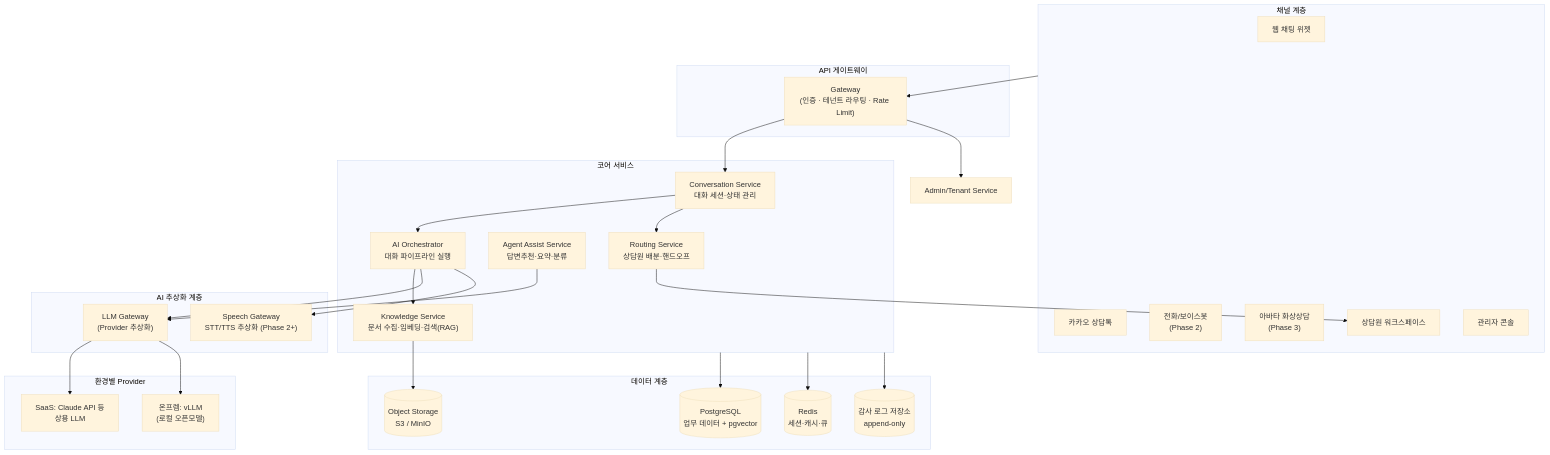
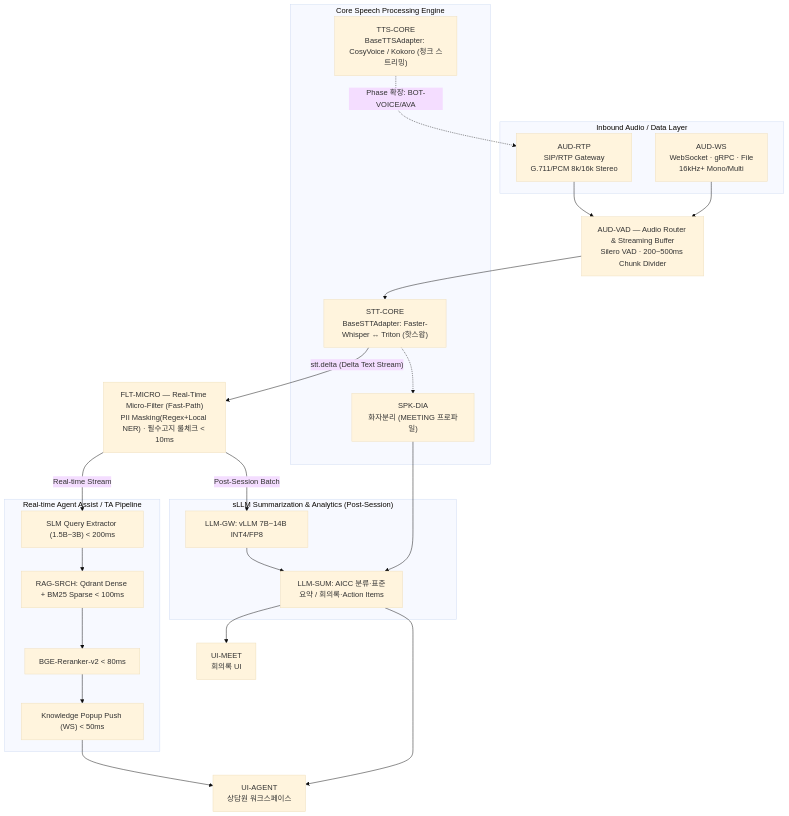
The first of 2 diagrams in docs/02-architecture.md (lnkbus/visionAI), drawn with Mermaid (base theme) before and after one commit. The commit also changed other lines of this file and 7 other files, not shown here.

````diff
--- a/docs/02-architecture.md
+++ b/docs/02-architecture.md
@@ -13,57 +20,44 @@
 ```mermaid
 graph TB
-    subgraph Channels["채널 계층"]
-        WEB["웹 채팅 위젯"]
-        KAKAO["카카오 상담톡"]
-        VOICE["전화/보이스봇<br/>(Phase 2)"]
-        AVATAR["아바타 화상상담<br/>(Phase 3)"]
-        AGENTUI["상담원 워크스페이스"]
-        ADMIN["관리자 콘솔"]
+    subgraph IN["Inbound Audio / Data Layer"]
+        RTP["AUD-RTP<br/>SIP/RTP Gateway<br/>G.711/PCM 8k/16k Stereo"]
+        WS["AUD-WS<br/>WebSocket · gRPC · File<br/>16kHz+ Mono/Multi"]
     end
 
-    subgraph Edge["API 게이트웨이"]
-        GW["Gateway<br/>(인증 · 테넌트 라우팅 · Rate Limit)"]
+    VAD["AUD-VAD — Audio Router & Streaming Buffer<br/>Silero VAD · 200~500ms Chunk Divider"]
+
+    subgraph SPEECH["Core Speech Processing Engine"]
+        STT["STT-CORE<br/>BaseSTTAdapter: Faster-Whisper ↔ Triton (핫스왑)"]
+        TTS["TTS-CORE<br/>BaseTTSAdapter: CosyVoice / Kokoro (청크 스트리밍)"]
+        DIA["SPK-DIA<br/>화자분리 (MEETING 프로파일)"]
     end
 
-    subgraph Core["코어 서비스"]
-        CONV["Conversation Service<br/>대화 세션·상태 관리"]
-        ORCH["AI Orchestrator<br/>대화 파이프라인 실행"]
-        RAG["Knowledge Service<br/>문서 수집·임베딩·검색(RAG)"]
-        ASSIST["Agent Assist Service<br/>답변추천·요약·분류"]
-        HANDOFF["Routing Service<br/>상담원 배분·핸드오프"]
+    FLT["FLT-MICRO — Real-Time Micro-Filter (Fast-Path)<br/>PII Masking(Regex+Local NER) · 필수고지 룰체크 < 10ms"]
+
+    subgraph RT["Real-time Agent Assist / TA Pipeline"]
+        QE["SLM Query Extractor (1.5B~3B) < 200ms"]
+        HS["RAG-SRCH: Qdrant Dense + BM25 Sparse < 100ms"]
+        RR["BGE-Reranker-v2 < 80ms"]
+        POP["Knowledge Popup Push (WS) < 50ms"]
     end
 
-    subgraph AILayer["AI 추상화 계층"]
-        LLMGW["LLM Gateway<br/>(Provider 추상화)"]
-        SPEECH["Speech Gateway<br/>STT/TTS 추상화 (Phase 2+)"]
+    subgraph BATCH["sLLM Summarization & Analytics (Post-Session)"]
+        VLLM["LLM-GW: vLLM 7B~14B INT4/FP8"]
+        SUM["LLM-SUM: AICC 분류·표준요약 / 회의록·Action Items"]
     end
 
-    subgraph Providers["환경별 Provider"]
-        API_LLM["SaaS: Claude API 등<br/>상용 LLM"]
-        LOCAL_LLM["온프렘: vLLM<br/>(로컬 오픈모델)"]
-    end
+    UIA["UI-AGENT<br/>상담원 워크스페이스"]
+    UIM["UI-MEET<br/>회의록 UI"]
 
-    subgraph Data["데이터 계층"]
-        PG[("PostgreSQL<br/>업무 데이터 + pgvector")]
-        REDIS[("Redis<br/>세션·캐시·큐")]
-        S3[("Object Storage<br/>S3 / MinIO")]
-        AUDIT[("감사 로그 저장소<br/>append-only")]
-    end
-
-    Channels --> GW
-    GW --> CONV
-    GW --> ADMIN_SVC["Admin/Tenant Service"]
-    CONV --> ORCH
-    ORCH --> RAG
-    ORCH --> LLMGW
-    ASSIST --> LLMGW
-    CONV --> HANDOFF
-    HANDOFF --> AGENTUI
-    LLMGW --> API_LLM
-    LLMGW --> LOCAL_LLM
-    ORCH --> SPEECH
-    Core --> PG
-    Core --> REDIS
-    RAG --> S3
-    Core --> AUDIT
+    RTP --> VAD
+    WS --> VAD
+    VAD --> STT
+    STT -->|"stt.delta (Delta Text Stream)"| FLT
+    STT -.-> DIA
+    FLT -->|"Real-time Stream"| QE --> HS --> RR --> POP --> UIA
+    FLT -->|"Post-Session Batch"| VLLM --> SUM
+    SUM --> UIA
+    SUM --> UIM
+    DIA --> SUM
+    TTS -.->|"Phase 확장: BOT-VOICE/AVA"| RTP
 ```
````
